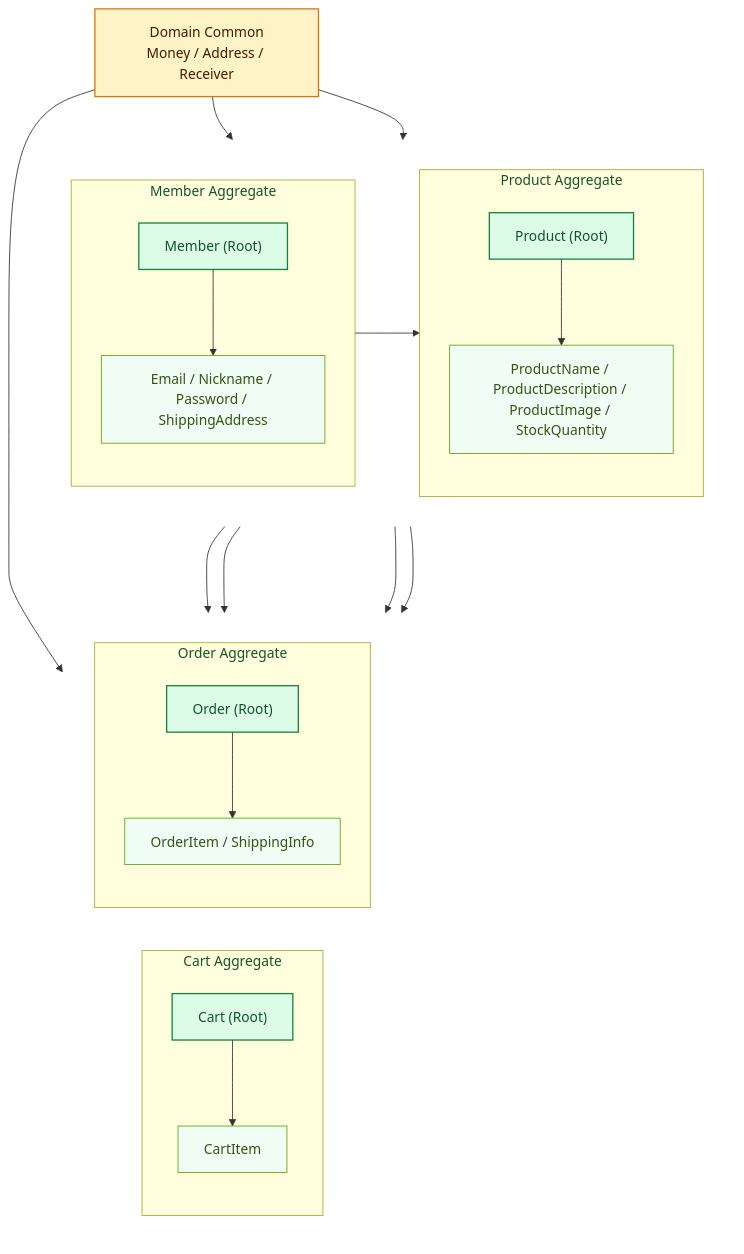
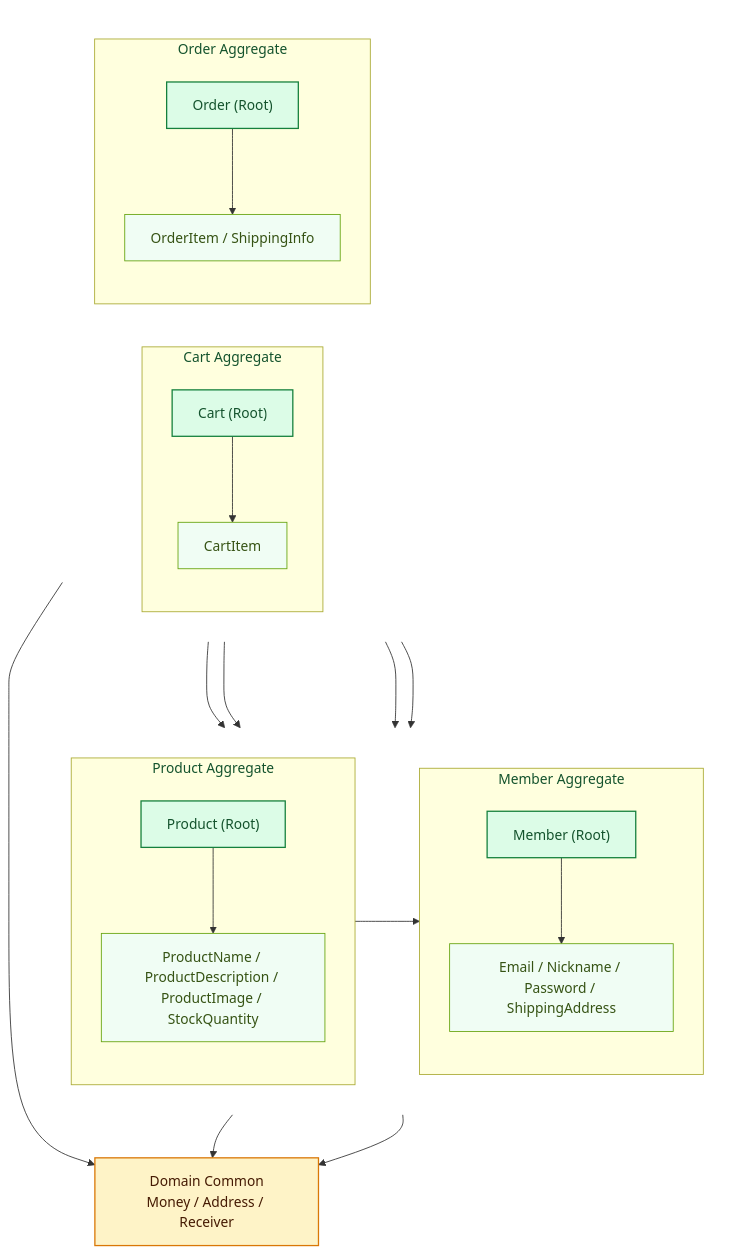
The second of 2 diagrams in README.md (geun-00/mallang), drawn with Mermaid before and after one commit.

Commit message:
:recycle: refactor : AI 코드 리뷰 반영

````diff
--- a/README.md
+++ b/README.md
@@ -114,57 +114,56 @@
 ```mermaid
 flowchart TB
     Common["Domain Common\nMoney / Address / Receiver"]
 
     subgraph AggregateRow1[" "]
         direction LR
     subgraph MemberAggregate["Member Aggregate"]
         direction TB
         MemberRoot["Member (Root)"]
         MemberParts["Email / Nickname / Password / ShippingAddress"]
         MemberRoot --> MemberParts
     end
 
     subgraph ProductAggregate["Product Aggregate"]
         direction TB
         ProductRoot["Product (Root)"]
         ProductParts["ProductName / ProductDescription / ProductImage / StockQuantity"]
         ProductRoot --> ProductParts
     end
     end
 
     subgraph AggregateRow2[" "]
         direction LR
     subgraph CartAggregate["Cart Aggregate"]
         direction TB
         CartRoot["Cart (Root)"]
         CartParts["CartItem"]
         CartRoot --> CartParts
     end
 
     subgraph OrderAggregate["Order Aggregate"]
         direction TB
         OrderRoot["Order (Root)"]
         OrderParts["OrderItem / ShippingInfo"]
         OrderRoot --> OrderParts
     end
     end
 
-    Common --> MemberRoot
-    Common --> ProductRoot
-    Common --> OrderRoot
-    
-    MemberRoot --> ProductRoot
-    MemberRoot --> CartRoot
-    MemberRoot --> OrderRoot
-    ProductRoot --> CartRoot
-    ProductRoot ---> OrderRoot
+    MemberRoot --> Common
+    ProductRoot --> Common
+    OrderRoot --> Common
+    ProductRoot --> MemberRoot
+    CartRoot --> MemberRoot
+    CartRoot --> ProductRoot
+    OrderRoot --> MemberRoot
+    OrderRoot ---> ProductRoot
 
     class MemberRoot,ProductRoot,CartRoot,OrderRoot root
     class MemberParts,ProductParts,CartParts,OrderParts inner
     class Common common
     style AggregateRow1 fill:transparent,stroke:transparent
     style AggregateRow2 fill:transparent,stroke:transparent
     classDef root fill:#dcfce7,stroke:#15803d,stroke-width:1.5px,color:#14532d;
     classDef inner fill:#f0fdf4,stroke:#65a30d,stroke-width:1px,color:#365314;
     classDef common fill:#fef3c7,stroke:#d97706,stroke-width:1.5px,color:#451a03;
 ```
````
